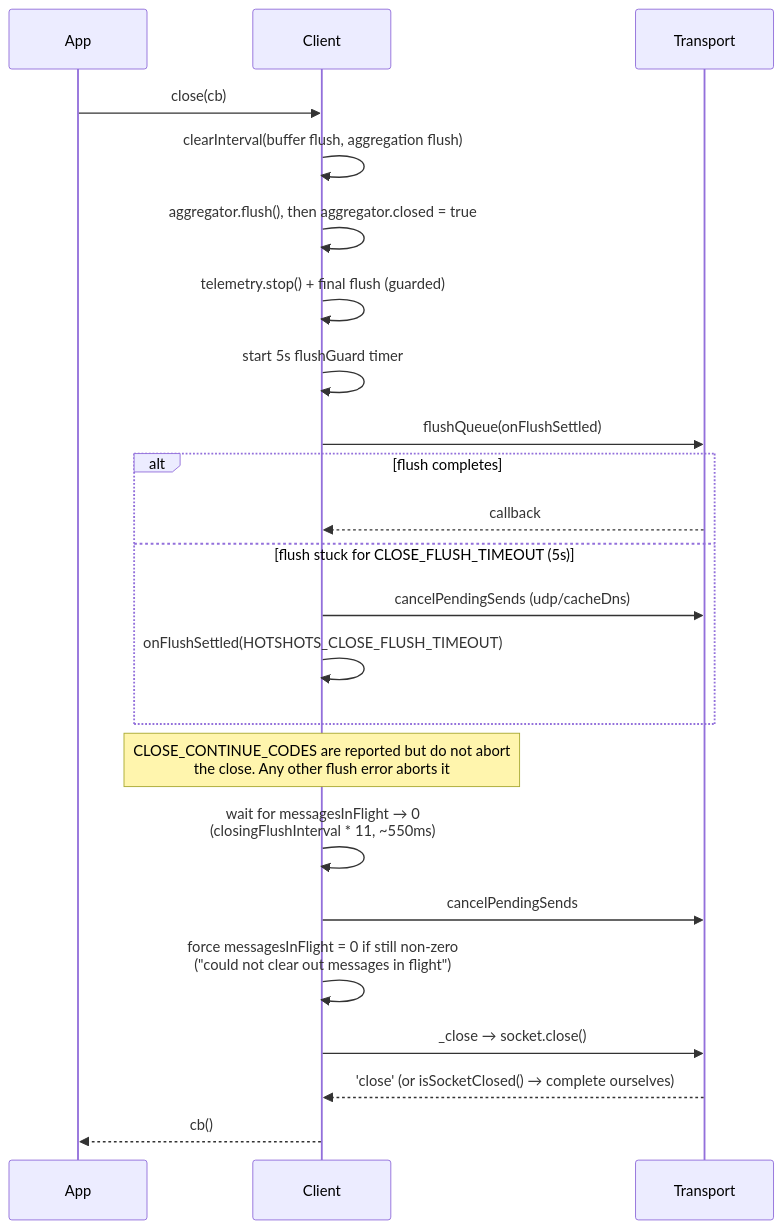
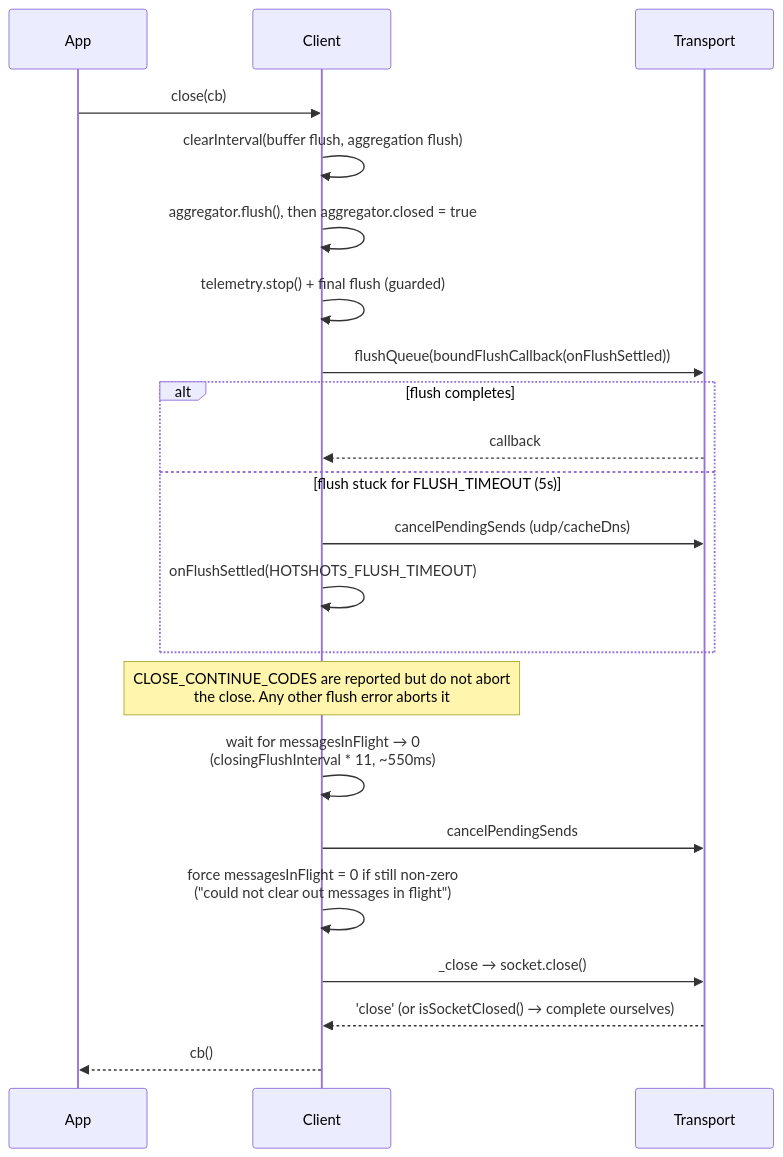
The eighth of 8 diagrams in NETWORKING.md (bdeitte/hot-shots), drawn with Mermaid before and after one commit. The commit also changed other lines of this file and 10 other files, not shown here.

First line of the commit message:
Address PR 328 review: contain deferred callbacks, bound flush, fix shared-socket replacement

````diff
--- a/NETWORKING.md
+++ b/NETWORKING.md
@@ -313,28 +318,27 @@
 ```mermaid
 sequenceDiagram
     participant App
     participant Client
     participant Transport
 
     App->>Client: close(cb)
     Client->>Client: clearInterval(buffer flush, aggregation flush)
     Client->>Client: aggregator.flush(), then aggregator.closed = true
     Client->>Client: telemetry.stop() + final flush (guarded)
-    Client->>Client: start 5s flushGuard timer
-    Client->>Transport: flushQueue(onFlushSettled)
+    Client->>Transport: flushQueue(boundFlushCallback(onFlushSettled))
 
     alt flush completes
         Transport-->>Client: callback
-    else flush stuck for CLOSE_FLUSH_TIMEOUT (5s)
+    else flush stuck for FLUSH_TIMEOUT (5s)
         Client->>Transport: cancelPendingSends (udp/cacheDns)
-        Client->>Client: onFlushSettled(HOTSHOTS_CLOSE_FLUSH_TIMEOUT)
+        Client->>Client: onFlushSettled(HOTSHOTS_FLUSH_TIMEOUT)
     end
 
     Note over Client: CLOSE_CONTINUE_CODES are reported but do not abort<br/>the close. Any other flush error aborts it
     Client->>Client: wait for messagesInFlight → 0<br/>(closingFlushInterval * 11, ~550ms)
     Client->>Transport: cancelPendingSends
     Client->>Client: force messagesInFlight = 0 if still non-zero<br/>("could not clear out messages in flight")
     Client->>Transport: _close → socket.close()
     Transport-->>Client: 'close' (or isSocketClosed() → complete ourselves)
     Client-->>App: cb()
 ```
````
